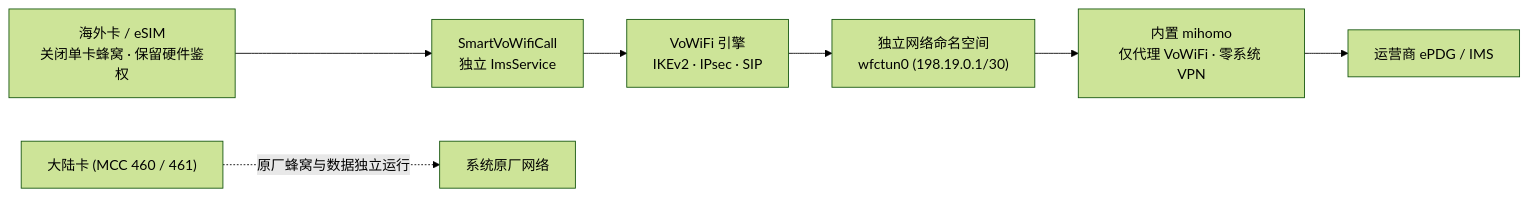
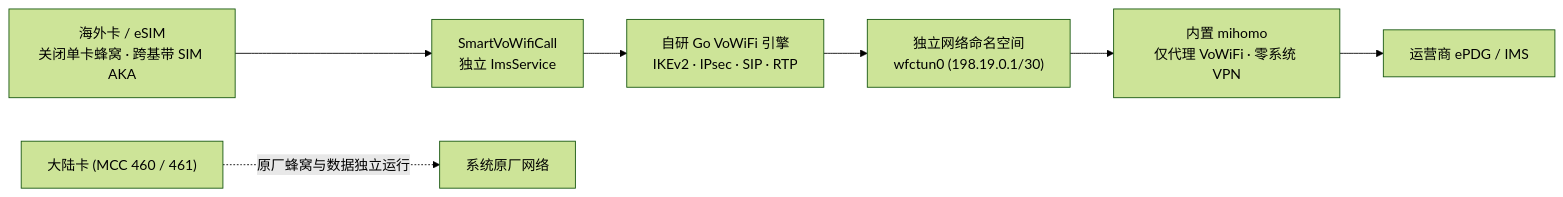
The diagram in README.md (YubaiNya/SmartVoWifiCall), drawn with Mermaid (forest theme) before and after one commit. The commit also changed other lines of this file and 66 other files, not shown here.

````diff
--- a/README.md
+++ b/README.md
@@ -69,9 +69,9 @@
 ```mermaid
 flowchart LR
-    SIM["海外卡 / eSIM<br/>关闭单卡蜂窝 · 保留硬件鉴权"] --> IMS["SmartVoWifiCall<br/>独立 ImsService"]
-    IMS --> ENG["VoWiFi 引擎<br/>IKEv2 · IPsec · SIP"]
+    SIM["海外卡 / eSIM<br/>关闭单卡蜂窝 · 跨基带 SIM AKA"] --> IMS["SmartVoWifiCall<br/>独立 ImsService"]
+    IMS --> ENG["自研 Go VoWiFi 引擎<br/>IKEv2 · IPsec · SIP · RTP"]
     ENG --> NS["独立网络命名空间<br/>wfctun0 (198.19.0.1/30)"]
     NS --> CLASH["内置 mihomo<br/>仅代理 VoWiFi · 零系统 VPN"]
     CLASH --> EPDG["运营商 ePDG / IMS"]
     CN["大陆卡 (MCC 460 / 461)"] -. 原厂蜂窝与数据独立运行 .-> SYS["系统原厂网络"]
 ```
````
